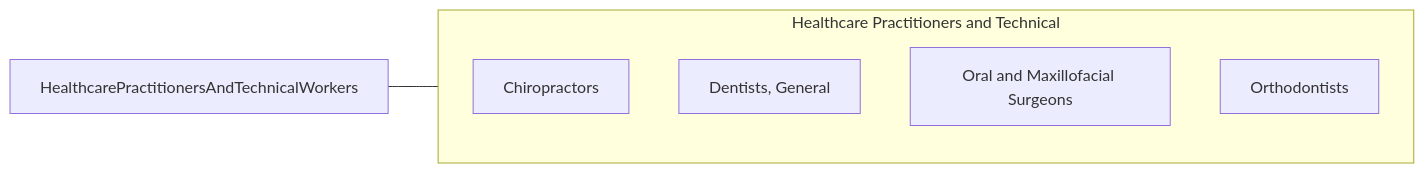
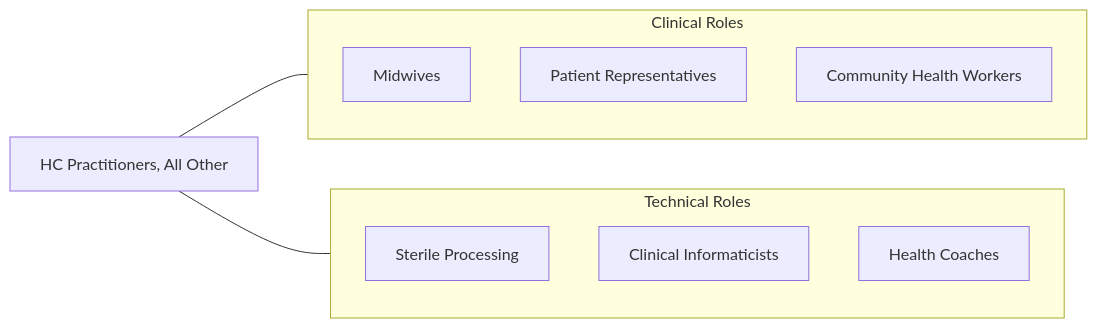
One commit to kziemski/business.org.ai changed the second of 2 diagrams in occupations/HealthcarePractitioners/HealthcarePractitionersAndTechnicalWorkers.mdx. Above: the diagram before and after it, drawn with Mermaid. The commit also changed other lines of this file and 938 other files, not shown here.

````diff
--- a/occupations/HealthcarePractitioners/HealthcarePractitionersAndTechnicalWorkers.mdx
+++ b/occupations/HealthcarePractitioners/HealthcarePractitionersAndTechnicalWorkers.mdx
@@ -146,13 +52,19 @@
 ```mermaid
 graph LR
-    Current["HealthcarePractitionersAndTechnicalWorkers"]
+    Current["HC Practitioners, All Other"]
 
-    subgraph SameCategory["Healthcare Practitioners and Technical"]
-        Chiropractors["Chiropractors"]
-        DentistsGeneral["Dentists, General"]
-        OralAndMaxillofacial["Oral and Maxillofacial Surgeons"]
-        Orthodontists["Orthodontists"]
+    subgraph Clinical["Clinical Roles"]
+        Midwives["Midwives"]
+        PatientReps["Patient Representatives"]
+        CommunityHealth["Community Health Workers"]
     end
 
-    Current --- SameCategory
+    subgraph Technical["Technical Roles"]
+        SterileProc["Sterile Processing"]
+        ClinicalInfo["Clinical Informaticists"]
+        HealthCoaches["Health Coaches"]
+    end
+
+    Current --- Clinical
+    Current --- Technical
 ```
````
